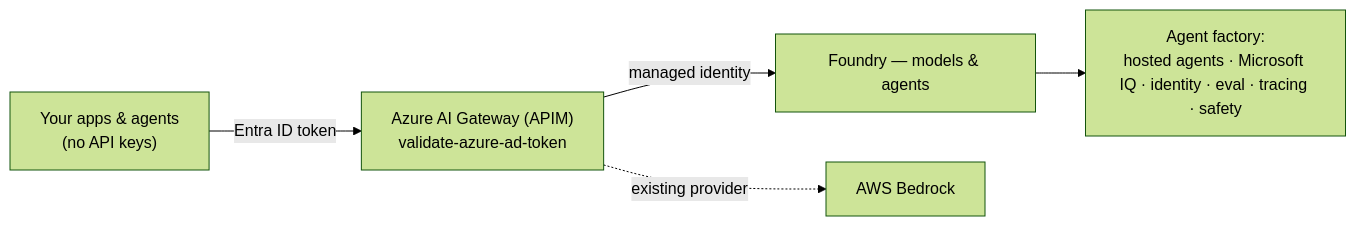
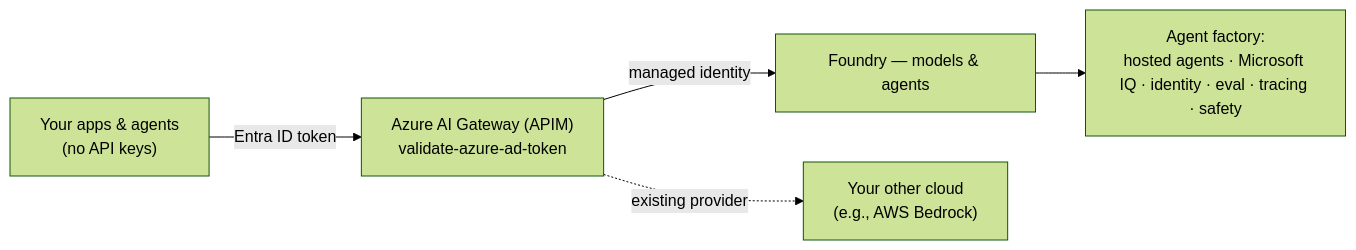
Before and after one commit to SridharArrabelly/foundry-pattern-library: the first of 13 diagrams in README.md, drawn with Mermaid (forest theme). The commit also changed other lines of this file and 3 other files, not shown here.

````diff
--- a/README.md
+++ b/README.md
@@ -22,7 +34,7 @@
 ```mermaid
 flowchart LR
   App["Your apps &amp; agents<br/>(no API keys)"] -->|"Entra ID token"| GW["Azure AI Gateway (APIM)<br/>validate-azure-ad-token"]
   GW -->|"managed identity"| F["Foundry — models &amp; agents"]
-  GW -.->|"existing provider"| B["AWS Bedrock"]
+  GW -.->|"existing provider"| B["Your other cloud<br/>(e.g., AWS Bedrock)"]
   F --> FAC["Agent factory:<br/>hosted agents · Microsoft IQ · identity · eval · tracing · safety"]
 ```
````
